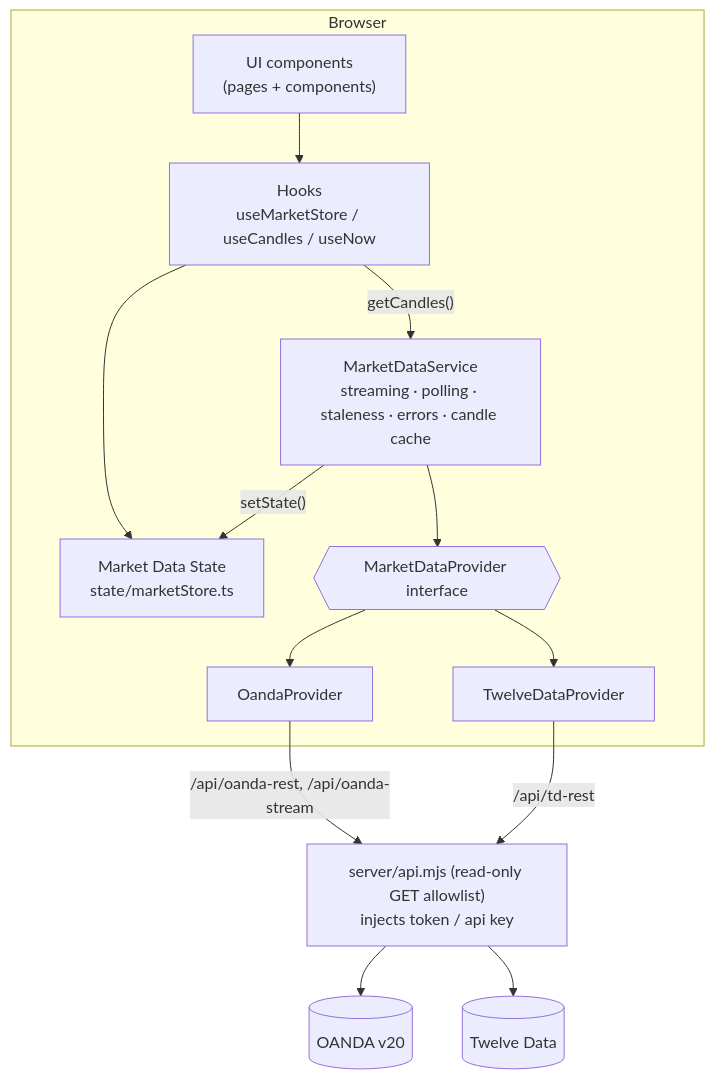
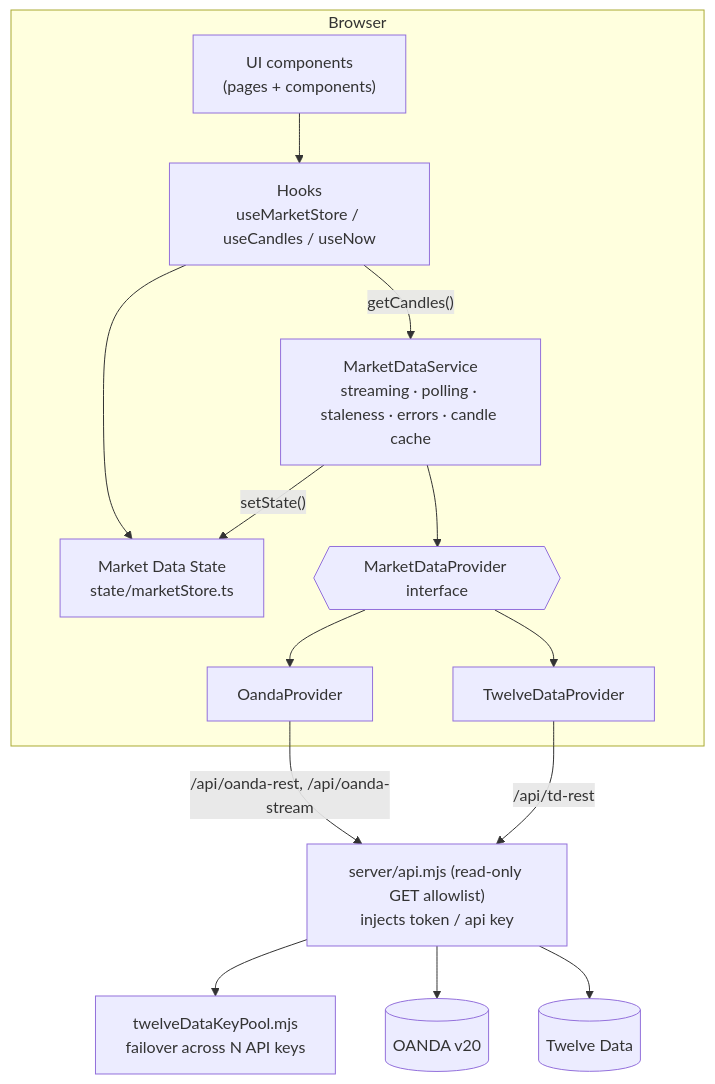
Before and after one commit to davide963-ux/ichialgo-ve-rea: the second of 7 diagrams in README.md, drawn with Mermaid. The commit also changed other lines of this file and 11 other files, not shown here.

First line of the commit message:
Add Twelve Data multi-key failover pool (#4)

````diff
--- a/README.md
+++ b/README.md
@@ -80,24 +124,26 @@
 ```mermaid
 flowchart TD
     subgraph Browser
       UI["UI components<br/>(pages + components)"]
       Hooks["Hooks<br/>useMarketStore / useCandles / useNow"]
       Store["Market Data State<br/>state/marketStore.ts"]
       Svc["MarketDataService<br/>streaming · polling · staleness · errors · candle cache"]
       IF{{"MarketDataProvider interface"}}
       OA["OandaProvider"]
       TD["TwelveDataProvider"]
     end
     Proxy["server/api.mjs (read-only GET allowlist)<br/>injects token / api key"]
+    Pool["twelveDataKeyPool.mjs<br/>failover across N API keys"]
     OANDA[("OANDA v20")]
     TDAPI[("Twelve Data")]
 
     UI --> Hooks --> Store
     Svc -- "setState()" --> Store
     Hooks -- "getCandles()" --> Svc
     Svc --> IF
     IF --> OA & TD
     OA -- "/api/oanda-rest, /api/oanda-stream" --> Proxy
     TD -- "/api/td-rest" --> Proxy
+    Proxy --> Pool
     Proxy --> OANDA & TDAPI
 ```
````
